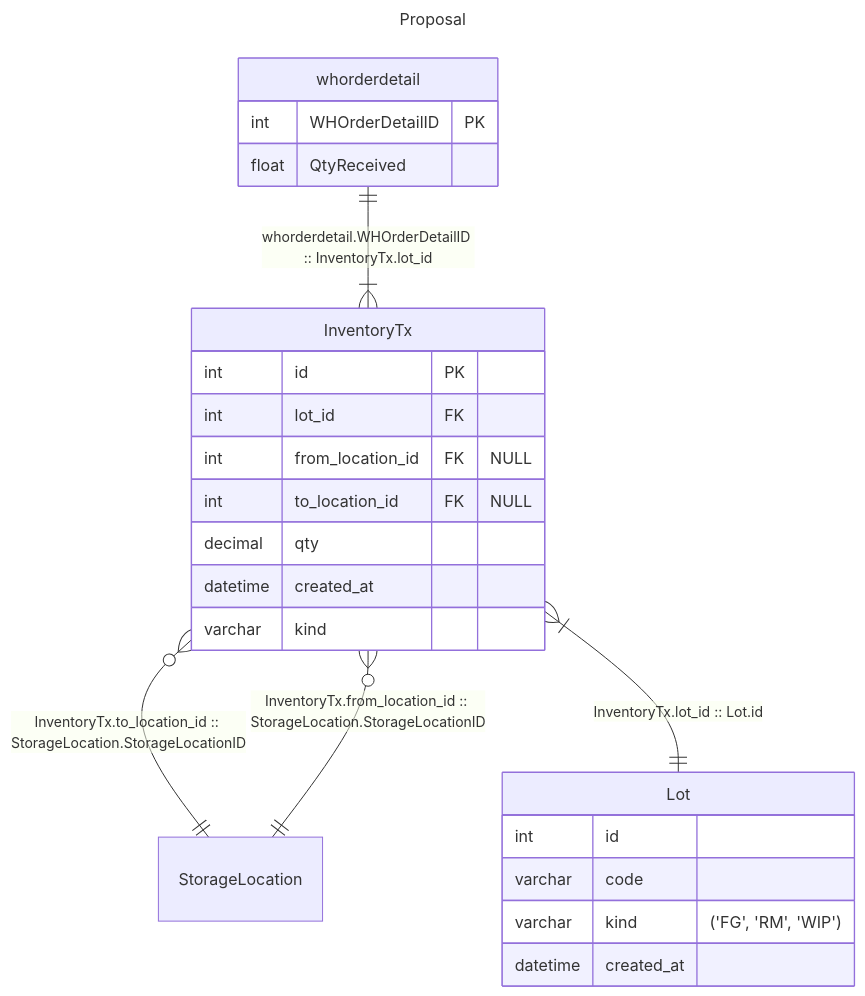
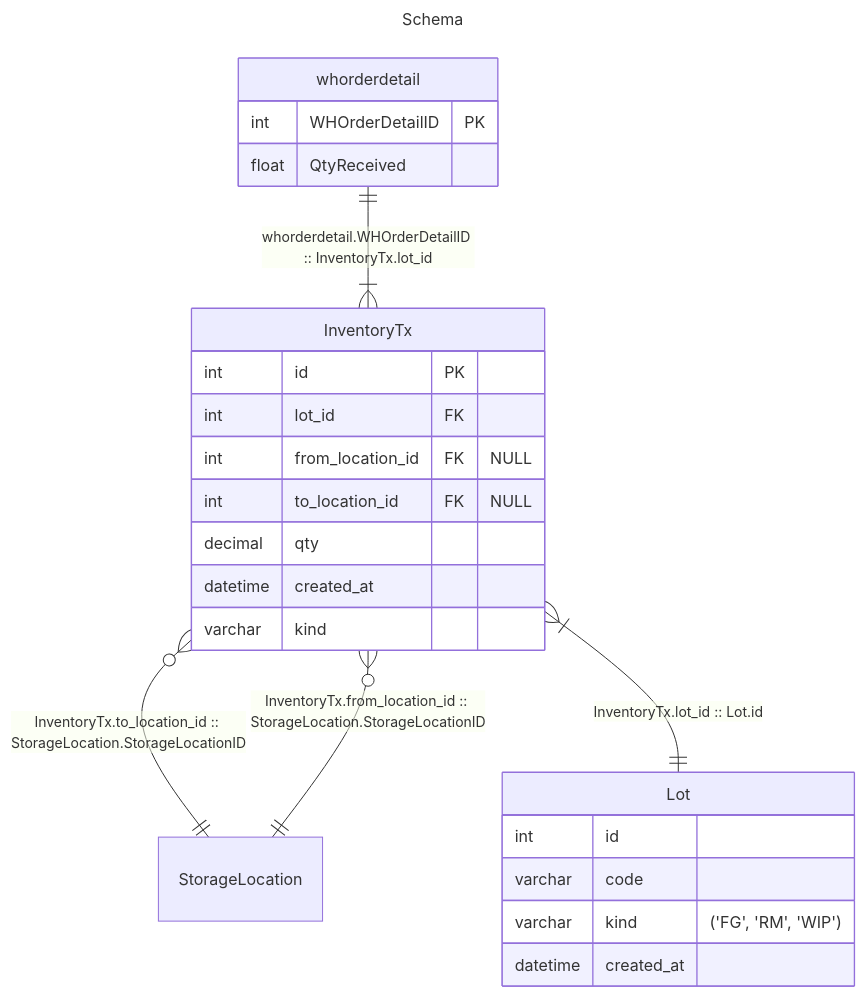
One commit to afi-spencerd/RSM changed the second of 6 diagrams in src/tx_table_proposal.md. Above: the diagram before and after it, drawn with Mermaid. The commit also changed other lines of this file, not shown here.

Commit message:
feat: create FG manipulation flowchart

````diff
--- a/src/tx_table_proposal.md
+++ b/src/tx_table_proposal.md
@@ -84,31 +84,31 @@
 ```mermaid
 ---
-title: Proposal
+title: Schema
 ---
 erDiagram
   InventoryTx {
     int      id   PK
     int      lot_id FK
     int      from_location_id FK "NULL"
     int      to_location_id   FK "NULL"
     decimal  qty
     datetime created_at
     varchar  kind
 
   }
   Lot {
     int      id
     varchar  code
     varchar  kind "('FG', 'RM', 'WIP')"
     datetime created_at
   }
   whorderdetail {
     int WHOrderDetailID PK
     float QtyReceived
   }
   StorageLocation
   InventoryTx }o--|| StorageLocation : "InventoryTx.to_location_id :: StorageLocation.StorageLocationID"
   InventoryTx }o--|| StorageLocation : "InventoryTx.from_location_id :: StorageLocation.StorageLocationID"
   whorderdetail ||--|{ InventoryTx : "whorderdetail.WHOrderDetailID :: InventoryTx.lot_id"
   InventoryTx }|--|| Lot : "InventoryTx.lot_id :: Lot.id"
 ```
````
